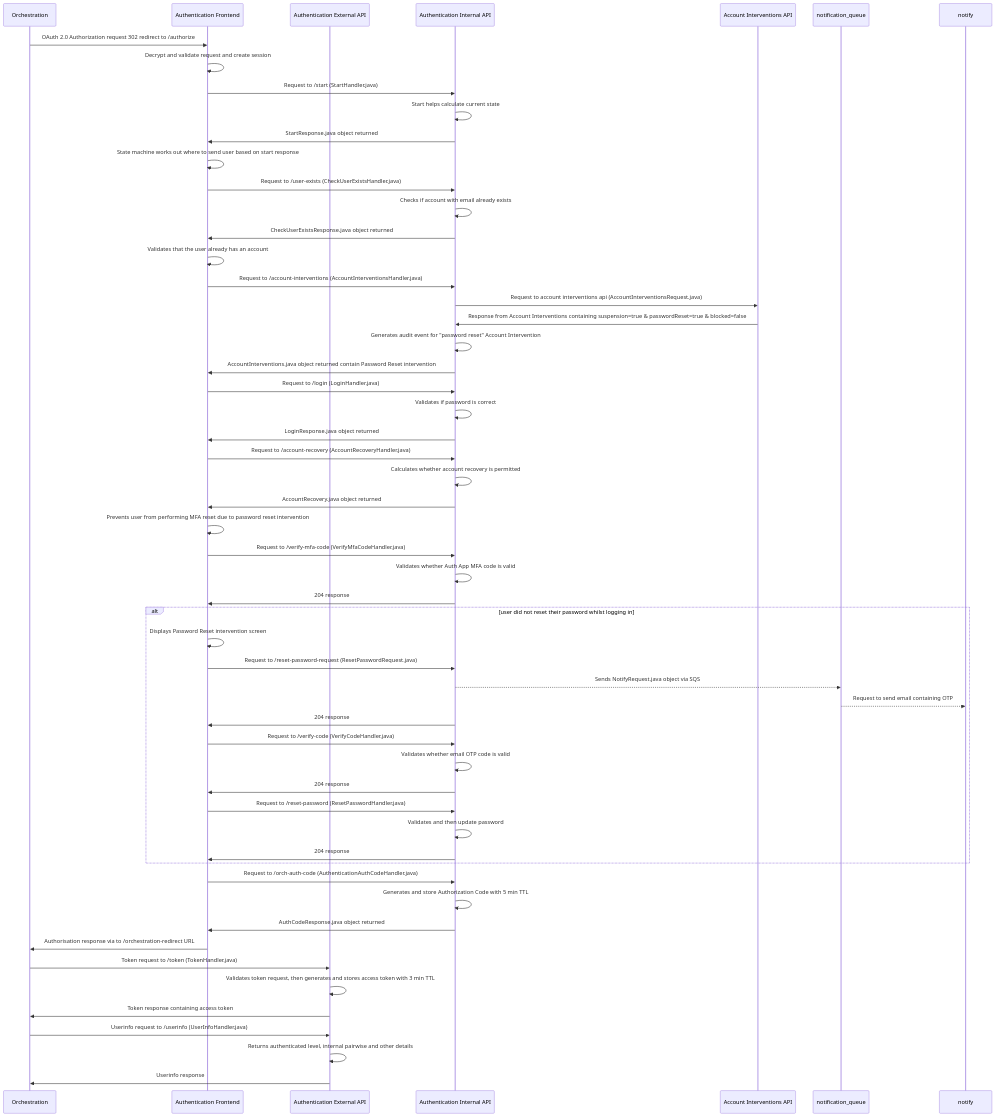
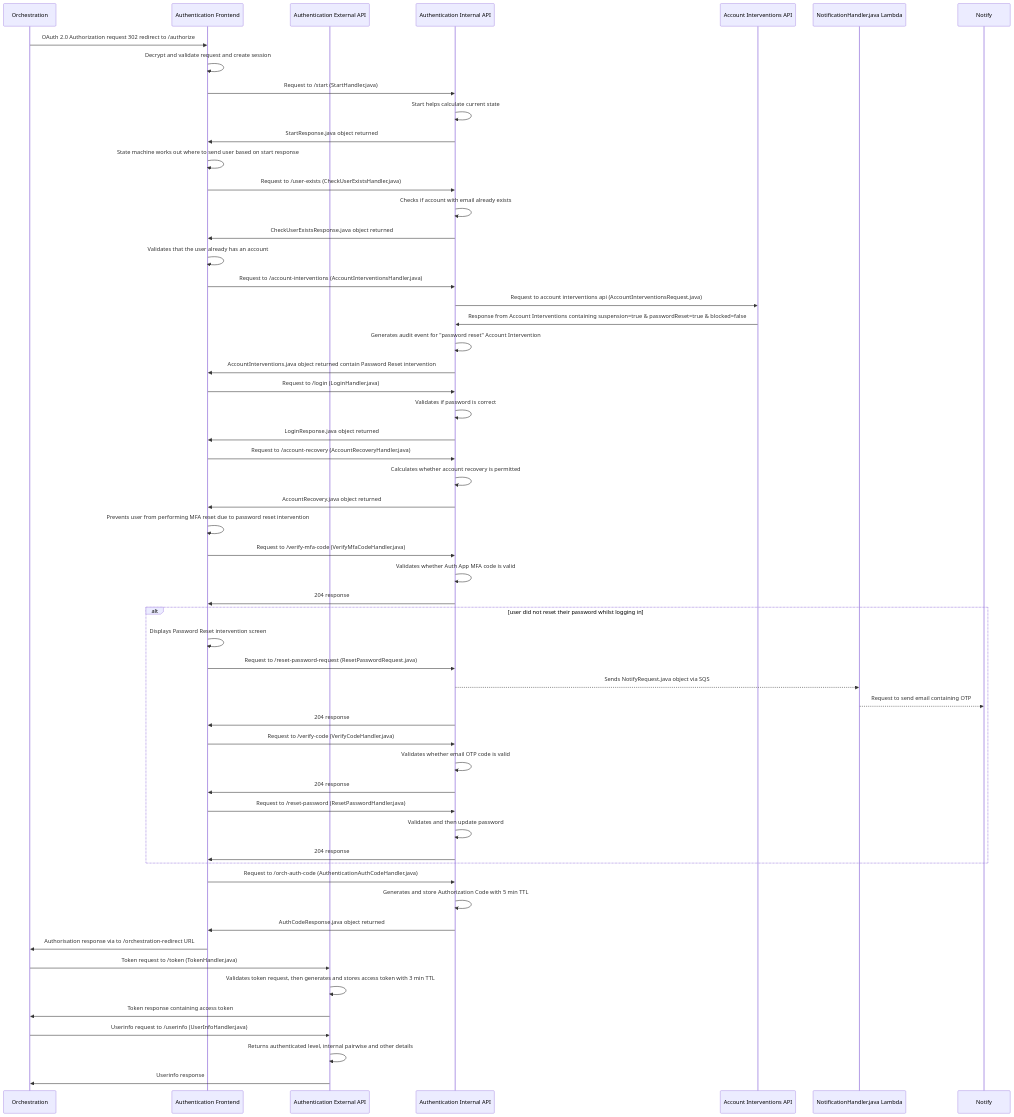
The diagram in docs/diagrams/authentication/login/account-interventions/medium-auth-app/login-medium-level-auth-app-password-reset-intervention.mmd (govuk-one-login/authentication-api), drawn with Mermaid before and after one commit. The commit also changed 3 other files, not shown here.

Commit message:
BAU: Add missing notification_queue and notify participant declarations in password-reset intervention diagrams

```diff
--- a/docs/diagrams/authentication/login/account-interventions/medium-auth-app/login-medium-level-auth-app-password-reset-intervention.mmd
+++ b/docs/diagrams/authentication/login/account-interventions/medium-auth-app/login-medium-level-auth-app-password-reset-intervention.mmd
@@ -1,54 +1,56 @@
 sequenceDiagram
     participant orch_api as Orchestration
     participant auth_frontend as Authentication Frontend
     participant auth_external_api as Authentication External API
     participant auth_internal_api as Authentication Internal API 
-    participant account_interventions as Account Interventions API   
+    participant account_interventions as Account Interventions API
+    participant notification_queue as NotificationHandler.java Lambda
+    participant notify as Notify   
     orch_api ->> auth_frontend : OAuth 2.0 Authorization request 302 redirect to /authorize
     auth_frontend ->> auth_frontend : Decrypt and validate request and create session    
     auth_frontend ->> auth_internal_api : Request to /start (StartHandler.java)
     auth_internal_api ->> auth_internal_api : Start helps calculate current state
     auth_internal_api ->> auth_frontend : StartResponse.java object returned
     auth_frontend ->> auth_frontend : State machine works out where to send user based on start response
     auth_frontend ->> auth_internal_api : Request to /user-exists (CheckUserExistsHandler.java)
     auth_internal_api ->> auth_internal_api : Checks if account with email already exists
     auth_internal_api ->> auth_frontend: CheckUserExistsResponse.java object returned
     auth_frontend ->> auth_frontend: Validates that the user already has an account
     auth_frontend ->> auth_internal_api : Request to /account-interventions (AccountInterventionsHandler.java)
     auth_internal_api ->> account_interventions : Request to account interventions api (AccountInterventionsRequest.java)
     account_interventions ->> auth_internal_api : Response from Account Interventions containing suspension=true & passwordReset=true & blocked=false
     auth_internal_api ->> auth_internal_api : Generates audit event for "password reset" Account Intervention
     auth_internal_api ->> auth_frontend: AccountInterventions.java object returned contain Password Reset intervention
     auth_frontend ->> auth_internal_api : Request to /login (LoginHandler.java)
     auth_internal_api ->> auth_internal_api : Validates if password is correct
     auth_internal_api ->> auth_frontend: LoginResponse.java object returned
     auth_frontend ->> auth_internal_api : Request to /account-recovery (AccountRecoveryHandler.java)
     auth_internal_api ->> auth_internal_api : Calculates whether account recovery is permitted
     auth_internal_api ->> auth_frontend: AccountRecovery.java object returned
     auth_frontend ->> auth_frontend : Prevents user from performing MFA reset due to password reset intervention
     auth_frontend ->> auth_internal_api : Request to /verify-mfa-code (VerifyMfaCodeHandler.java)
     auth_internal_api ->> auth_internal_api : Validates whether Auth App MFA code is valid
     auth_internal_api ->> auth_frontend: 204 response 
     alt user did not reset their password whilst logging in
         auth_frontend ->> auth_frontend : Displays Password Reset intervention screen
         auth_frontend ->> auth_internal_api : Request to /reset-password-request (ResetPasswordRequest.java)
         auth_internal_api -->> notification_queue : Sends NotifyRequest.java object via SQS
         notification_queue -->> notify : Request to send email containing OTP 
         auth_internal_api ->> auth_frontend: 204 response
         auth_frontend ->> auth_internal_api : Request to /verify-code (VerifyCodeHandler.java)
         auth_internal_api ->> auth_internal_api : Validates whether email OTP code is valid
         auth_internal_api ->> auth_frontend: 204 response
         auth_frontend ->> auth_internal_api : Request to /reset-password (ResetPasswordHandler.java)
         auth_internal_api ->> auth_internal_api : Validates and then update password
         auth_internal_api ->> auth_frontend: 204 response
     end
     auth_frontend ->> auth_internal_api : Request to /orch-auth-code (AuthenticationAuthCodeHandler.java)
     auth_internal_api ->> auth_internal_api : Generates and store Authorization Code with 5 min TTL
     auth_internal_api ->> auth_frontend: AuthCodeResponse.java object returned
     auth_frontend ->> orch_api : Authorisation response via to /orchestration-redirect URL
     orch_api ->> auth_external_api: Token request to /token (TokenHandler.java)
     auth_external_api ->> auth_external_api : Validates token request, then generates and stores access token with 3 min TTL
     auth_external_api ->> orch_api : Token response containing access token
     orch_api ->> auth_external_api: Userinfo request to /userinfo (UserInfoHandler.java)
     auth_external_api ->> auth_external_api: Returns authenticated level, internal pairwise and other details
     auth_external_api ->> orch_api : Userinfo response
```
